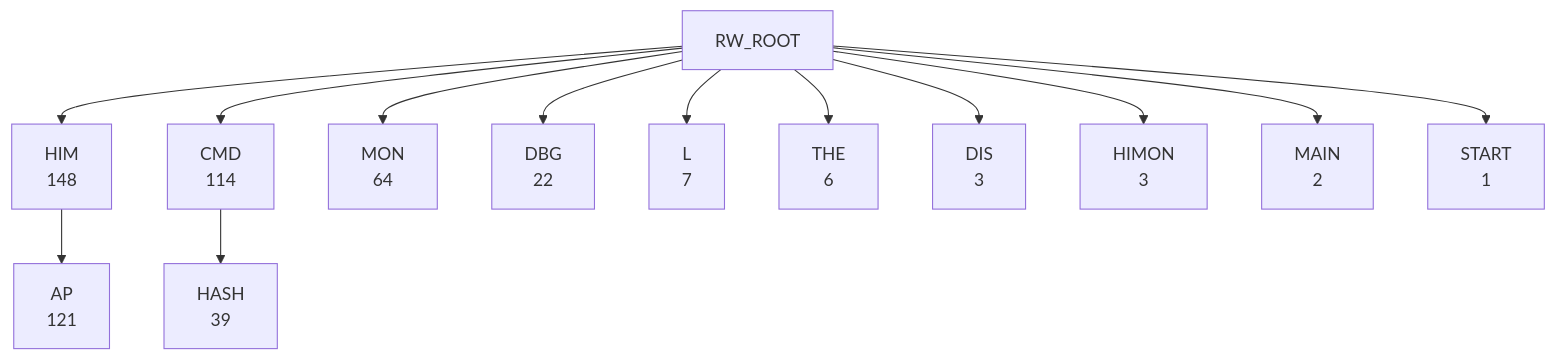
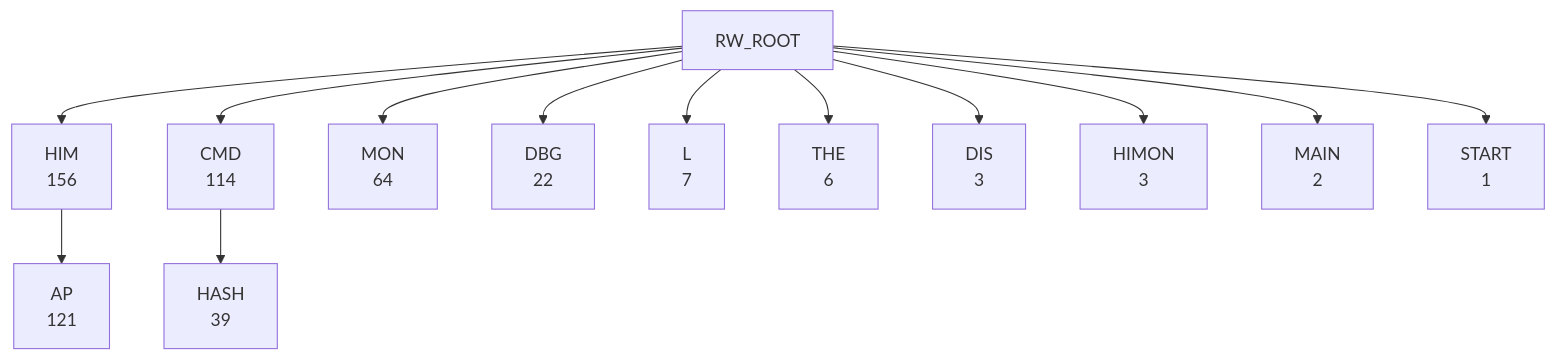
One commit to 95westus/R-YORS changed the second of 8 diagrams in DOC/GENERATED/ROUTINE_WORD_TREE.md. Above: the diagram before and after it, drawn with Mermaid. The commit also changed other lines of this file and 42 other files, not shown here.

````diff
--- a/DOC/GENERATED/ROUTINE_WORD_TREE.md
+++ b/DOC/GENERATED/ROUTINE_WORD_TREE.md
@@ -29,15 +29,15 @@
 ```mermaid
 flowchart TD
-    RW_ROOT --> RW_HIM["HIM<br/>148"]
+    RW_ROOT --> RW_HIM["HIM<br/>156"]
     RW_ROOT --> RW_CMD["CMD<br/>114"]
     RW_ROOT --> RW_MON["MON<br/>64"]
     RW_ROOT --> RW_DBG["DBG<br/>22"]
     RW_ROOT --> RW_L["L<br/>7"]
     RW_ROOT --> RW_THE["THE<br/>6"]
     RW_ROOT --> RW_DIS["DIS<br/>3"]
     RW_ROOT --> RW_HIMON["HIMON<br/>3"]
     RW_ROOT --> RW_MAIN["MAIN<br/>2"]
     RW_ROOT --> RW_START["START<br/>1"]
     RW_HIM --> RW_HIM_AP["AP<br/>121"]
     RW_CMD --> RW_CMD_HASH["HASH<br/>39"]
 ```
````
